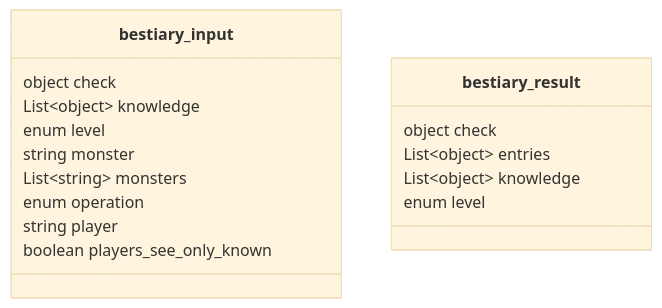
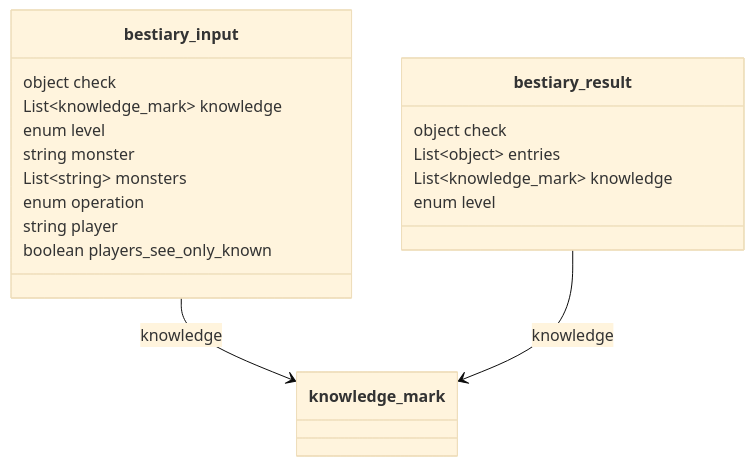
The seventh of 32 diagrams in docs/backend/contract-diagram.md (SETA1609/riftweave-core), drawn with Mermaid (base theme) before and after one commit. The commit also changed other lines of this file and 14 other files, not shown here.

````diff
--- a/docs/backend/contract-diagram.md
+++ b/docs/backend/contract-diagram.md
@@ -261,19 +267,22 @@
 ```mermaid
 classDiagram
     class bestiary_input {
         object check
-        List~object~ knowledge
+        List~knowledge_mark~ knowledge
         enum level
         string monster
         List~string~ monsters
         enum operation
         string player
         boolean players_see_only_known
     }
     class bestiary_result {
         object check
         List~object~ entries
-        List~object~ knowledge
+        List~knowledge_mark~ knowledge
         enum level
     }
+    class knowledge_mark
+    bestiary_input --> knowledge_mark : knowledge
+    bestiary_result --> knowledge_mark : knowledge
 ```
````
